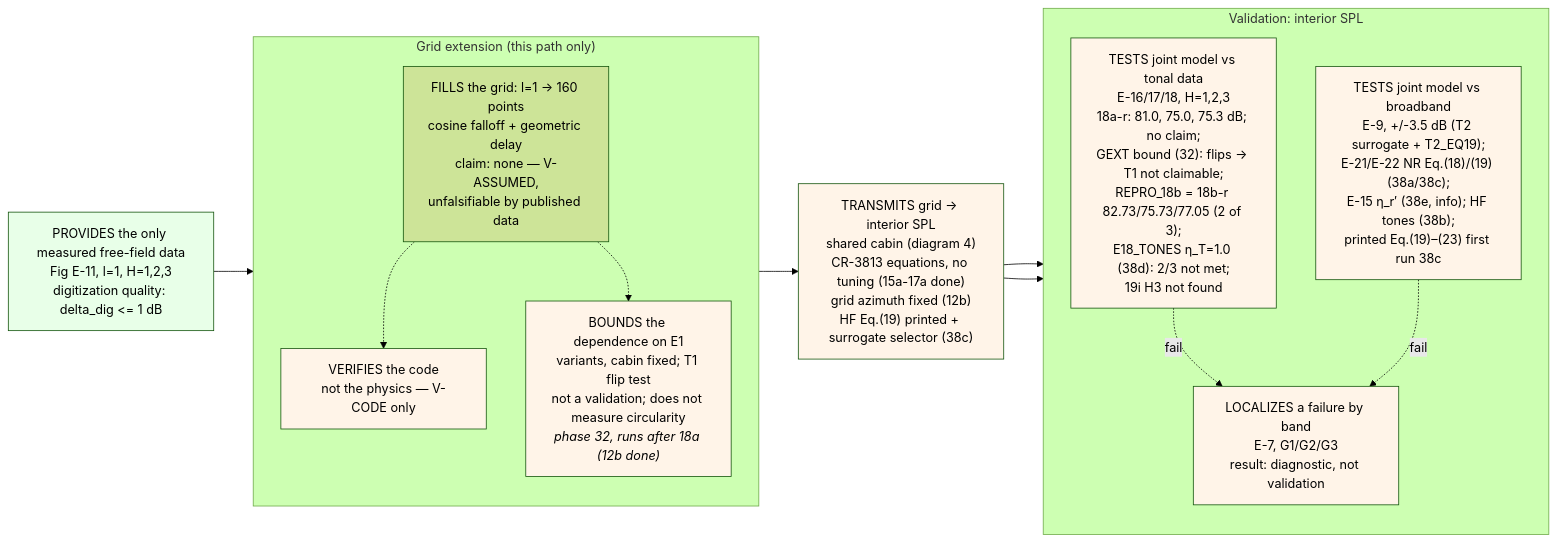
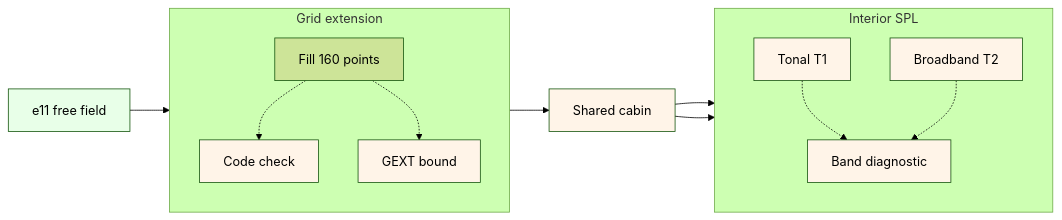
The second of 5 diagrams in rea-work/docs/flowchart.md (hoangf1/PAIN), drawn with Mermaid (forest theme) before and after one commit. The commit also changed other lines of this file and 48 other files, not shown here.

Commit message:
Total validation flowchart (one horizontal map, stage groups with input/function/output blocks); shorter flowchart.md

````diff
--- a/rea-work/docs/flowchart.md
+++ b/rea-work/docs/flowchart.md
@@ -57,36 +109,36 @@
 ```mermaid
 flowchart LR
-    S["PROVIDES the only measured free-field data<br/>Fig E-11, l=1, H=1,2,3<br/>digitization quality: delta_dig <= 1 dB"]
+  S["e11 free field"]
 
-    subgraph EXT["Grid extension (this path only)"]
-        direction TB
-        E1["FILLS the grid: l=1 -> 160 points<br/>cosine falloff + geometric delay<br/>claim: none — V-ASSUMED,<br/>unfalsifiable by published data"]
-        E2["VERIFIES the code<br/>not the physics — V-CODE only"]
-        E3["BOUNDS the dependence on E1<br/>variants, cabin fixed; T1 flip test<br/>not a validation; does not measure circularity<br/><i>phase 32, runs after 18a (12b done)</i>"]
-    end
+  subgraph EXT["Grid extension"]
+    direction TB
+    E1["Fill 160 points"]
+    E2["Code check"]
+    E3["GEXT bound"]
+  end
 
-    CAB["TRANSMITS grid -> interior SPL<br/>shared cabin (diagram 4)<br/>CR-3813 equations, no tuning (15a-17a done)<br/>grid azimuth fixed (12b)<br/>HF Eq.(19) printed + surrogate selector (38c)"]
+  CAB["Shared cabin"]
 
-    subgraph VAL["Validation: interior SPL"]
-        direction TB
-        V1["TESTS joint model vs tonal data<br/>E-16/17/18, H=1,2,3<br/>18a-r: 81.0, 75.0, 75.3 dB; no claim;<br/>GEXT bound (32): flips → T1 not claimable;<br/>REPRO_18b = 18b-r 82.73/75.73/77.05 (2 of 3);<br/>E18_TONES η_T=1.0 (38d): 2/3 not met;<br/>19i H3 not found"]
-        V2["TESTS joint model vs broadband<br/>E-9, +/-3.5 dB (T2 surrogate + T2_EQ19);<br/>E-21/E-22 NR Eq.(18)/(19) (38a/38c);<br/>E-15 η_r′ (38e, info); HF tones (38b);<br/>printed Eq.(19)–(23) first run 38c"]
-        V3["LOCALIZES a failure by band<br/>E-7, G1/G2/G3<br/>result: diagnostic, not validation"]
-    end
+  subgraph VAL["Interior SPL"]
+    direction TB
+    V1["Tonal T1"]
+    V2["Broadband T2"]
+    V3["Band diagnostic"]
+  end
 
-    S --> E1
-    E1 --> CAB
-    E1 -.-> E2
-    E1 -.-> E3
-    CAB --> V1 & V2
-    V1 -.->|fail| V3
-    V2 -.->|fail| V3
+  S --> E1
+  E1 --> CAB
+  E1 -.-> E2
+  E1 -.-> E3
+  CAB --> V1 & V2
+  V1 -.-> V3
+  V2 -.-> V3
 
-    style S fill:#e8ffe8
-    style CAB fill:#fff4e8
-    style V1 fill:#fff4e8
-    style V2 fill:#fff4e8
-    style E2 fill:#fff4e8
-    style E3 fill:#fff4e8
-    style V3 fill:#fff4e8
+  style S fill:#e8ffe8
+  style CAB fill:#fff4e8
+  style V1 fill:#fff4e8
+  style V2 fill:#fff4e8
+  style E2 fill:#fff4e8
+  style E3 fill:#fff4e8
+  style V3 fill:#fff4e8
 ```
````
